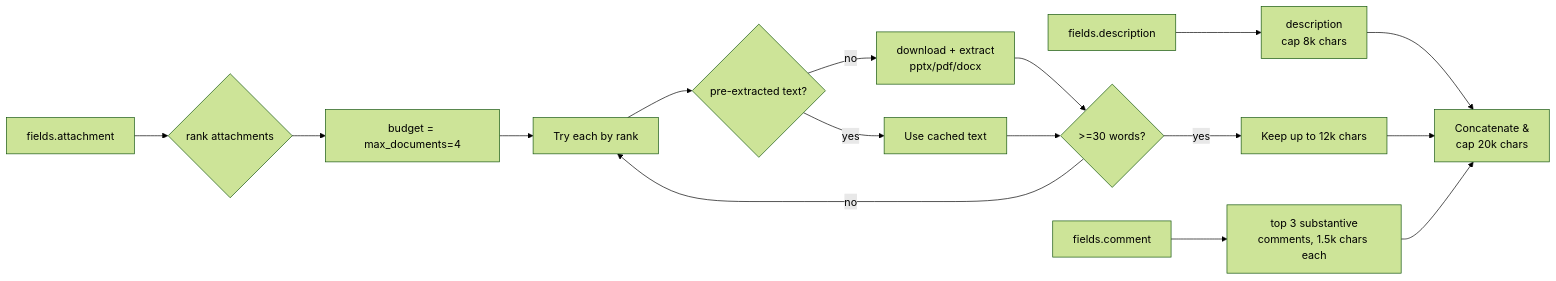
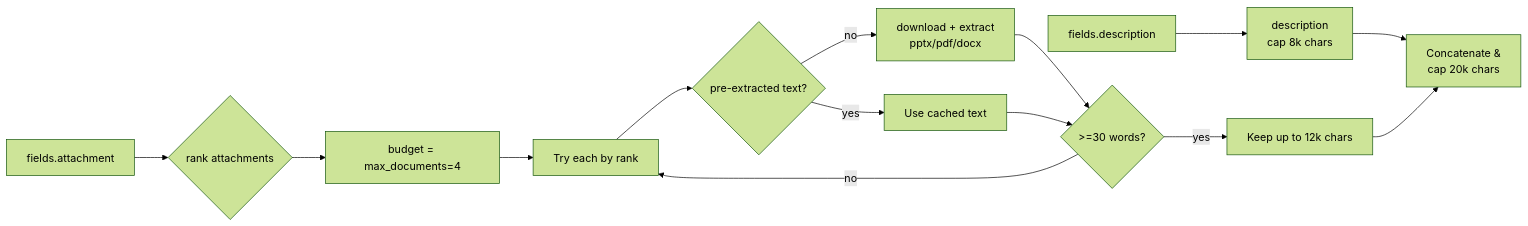
The third of 5 diagrams in docs/ingestion.md (Soul-Eater69/vs), drawn with Mermaid (forest theme) before and after one commit. The commit also changed other lines of this file and 8 other files, not shown here.

````diff
--- a/docs/ingestion.md
+++ b/docs/ingestion.md
@@ -254,19 +254,17 @@
 ```mermaid
 flowchart LR
     A[fields.description] --> Z[description<br/>cap 8k chars]
     B[fields.attachment] --> C{rank attachments}
     C --> D[budget = max_documents=4]
     D --> E[Try each by rank]
     E --> F{pre-extracted text?}
     F -- "yes" --> G[Use cached text]
     F -- "no" --> H[download + extract<br/>pptx/pdf/docx]
     H --> I{>=30 words?}
     G --> I
     I -- "no" --> E
     I -- "yes" --> J[Keep up to 12k chars]
-    B2[fields.comment] --> K[top 3 substantive<br/>comments, 1.5k chars each]
     Z --> OUT
     J --> OUT
-    K --> OUT
     OUT[Concatenate &<br/>cap 20k chars]
 ```
````
